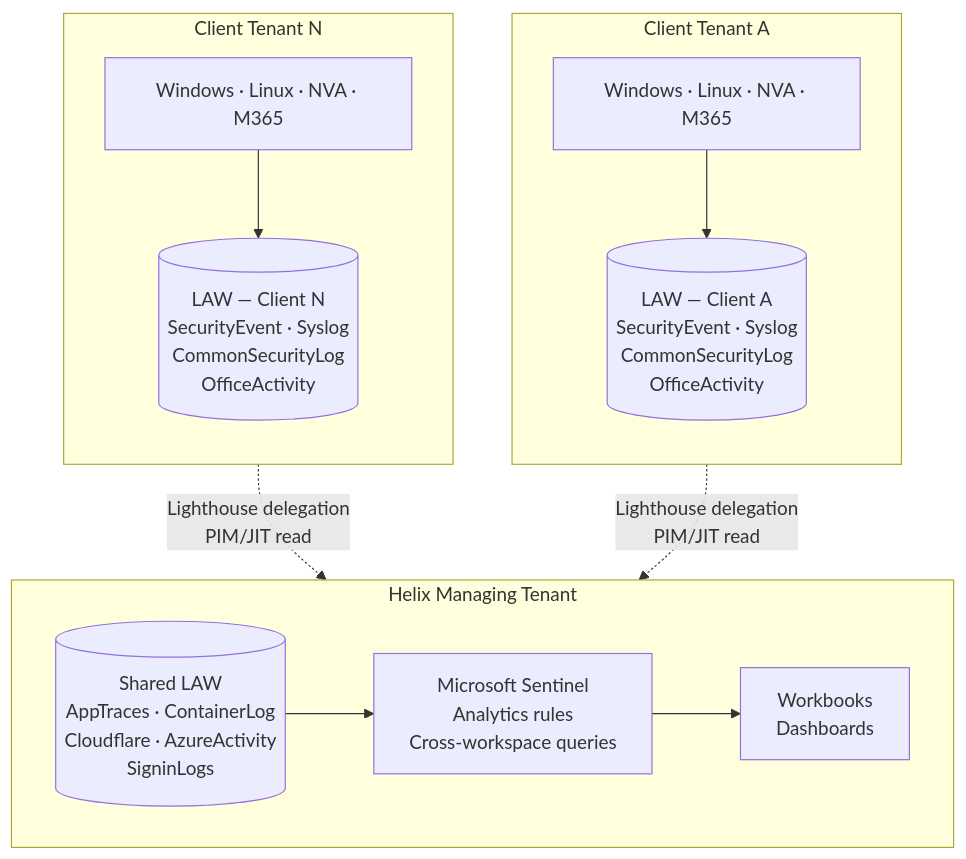
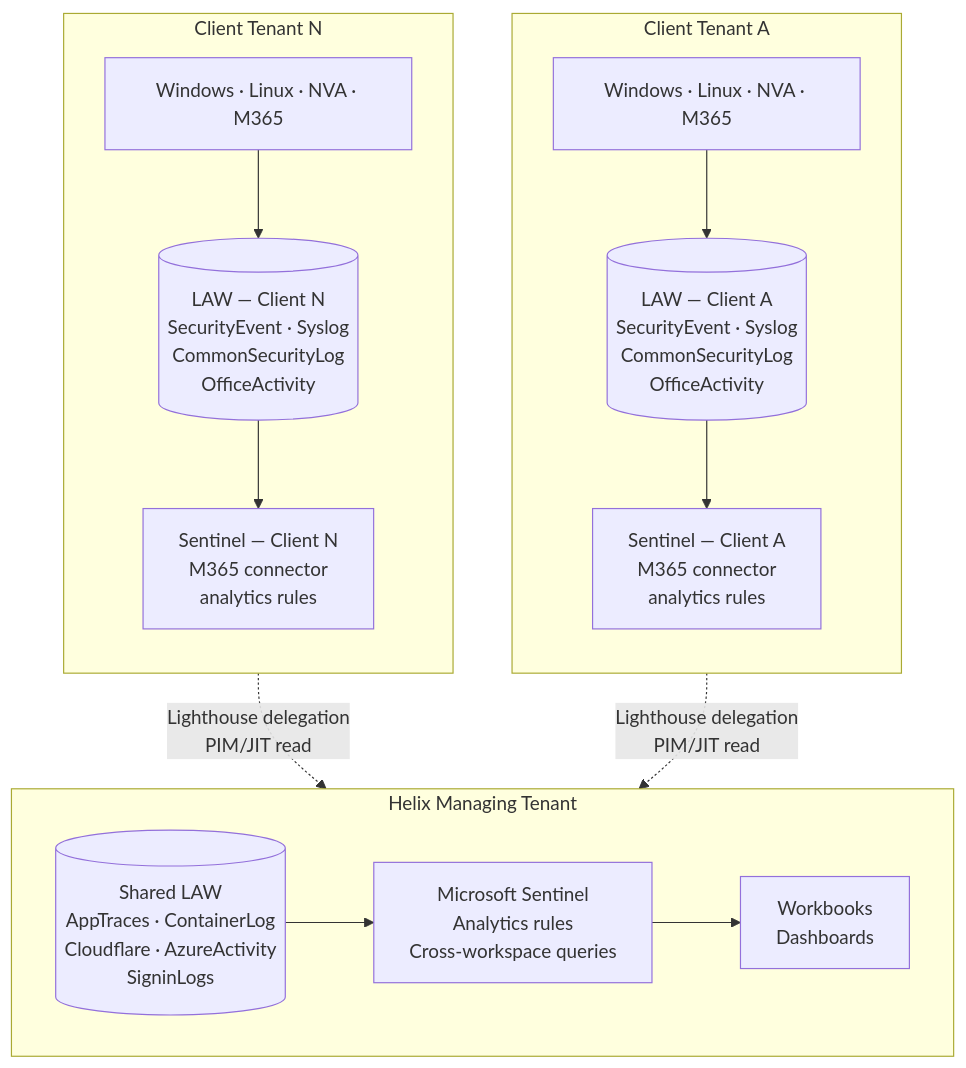
The diagram in docs/03-architecture.md (danielcorrea89/helix-logging-proposal), drawn with Mermaid before and after one commit. The commit also changed other lines of this file and 3 other files, not shown here.

````diff
--- a/docs/03-architecture.md
+++ b/docs/03-architecture.md
@@ -59,28 +59,32 @@
 ```mermaid
 flowchart TD
     subgraph helix["Helix Managing Tenant"]
         direction LR
         SLAW[("Shared LAW\nAppTraces · ContainerLog\nCloudflare · AzureActivity\nSigninLogs")]
         SENT["Microsoft Sentinel\nAnalytics rules\nCross-workspace queries"]
         WB["Workbooks\nDashboards"]
         SLAW --> SENT
         SENT --> WB
     end
 
     subgraph ca["Client Tenant A"]
         direction TB
         SRCA["Windows · Linux · NVA · M365"]
         LAWA[("LAW — Client A\nSecurityEvent · Syslog\nCommonSecurityLog\nOfficeActivity")]
+        SENTA["Sentinel — Client A\nM365 connector\nanalytics rules"]
         SRCA --> LAWA
+        LAWA --> SENTA
     end
 
     subgraph cn["Client Tenant N"]
         direction TB
         SRCN["Windows · Linux · NVA · M365"]
         LAWN[("LAW — Client N\nSecurityEvent · Syslog\nCommonSecurityLog\nOfficeActivity")]
+        SENTN["Sentinel — Client N\nM365 connector\nanalytics rules"]
         SRCN --> LAWN
+        LAWN --> SENTN
     end
 
     LAWA -. "Lighthouse delegation\nPIM/JIT read" .-> SENT
     LAWN -. "Lighthouse delegation\nPIM/JIT read" .-> SENT
 ```
````
